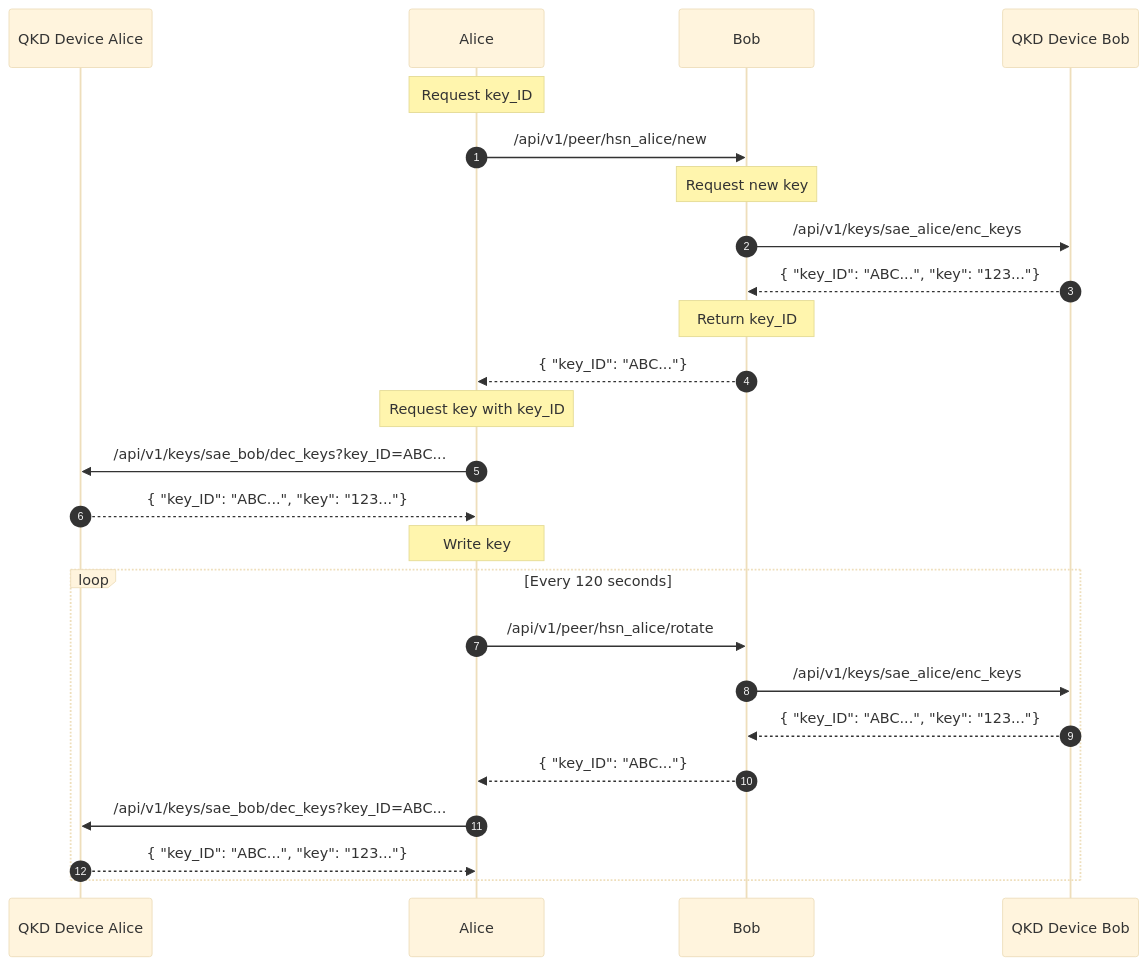
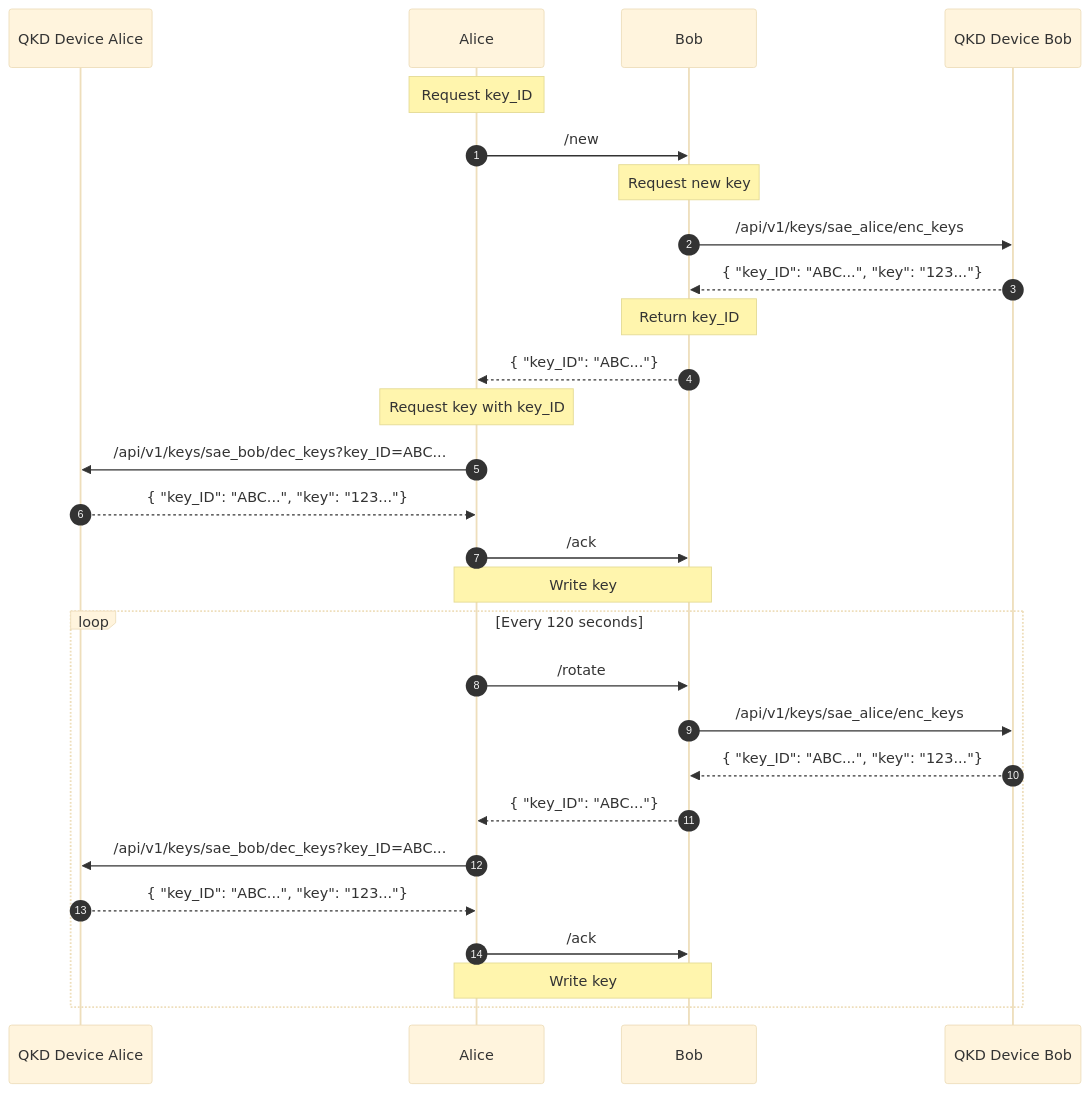
One commit to aparcar/qupskd changed the diagram in README.md. Above: the diagram before and after it, drawn with Mermaid (base theme). The commit also changed 1 other file, not shown here.

Commit message:
simplify API and add missing schema

````diff
--- a/README.md
+++ b/README.md
@@ -26,24 +26,27 @@
 ```mermaid
 sequenceDiagram
     autonumber
     participant QKD Device Alice
     Note over Alice: Request key_ID
-    Alice->>Bob: /api/v1/peer/hsn_alice/new
+    Alice->>Bob: /new
     Note over Bob: Request new key
     Bob->>QKD Device Bob: /api/v1/keys/sae_alice/enc_keys
     QKD Device Bob -->> Bob: { "key_ID": "ABC...", "key": "123..."}
     Note over Bob: Return key_ID
     Bob-->>Alice: { "key_ID": "ABC..."}
     Note over Alice: Request key with key_ID
     Alice->>QKD Device Alice: /api/v1/keys/sae_bob/dec_keys?key_ID=ABC...
     QKD Device Alice -->> Alice: { "key_ID": "ABC...", "key": "123..."}
-    Note over Alice: Write key
+    Alice ->> Bob: /ack
+    Note over Alice,Bob: Write key
     loop Every 120 seconds
-        Alice->>Bob: /api/v1/peer/hsn_alice/rotate
+        Alice->>Bob: /rotate
         Bob->>QKD Device Bob: /api/v1/keys/sae_alice/enc_keys
         QKD Device Bob -->> Bob: { "key_ID": "ABC...", "key": "123..."}
         Bob-->>Alice: { "key_ID": "ABC..."}
         Alice->>QKD Device Alice: /api/v1/keys/sae_bob/dec_keys?key_ID=ABC...
         QKD Device Alice -->> Alice: { "key_ID": "ABC...", "key": "123..."}
+        Alice ->> Bob: /ack
+        Note over Alice,Bob: Write key
     end
 ```
````
